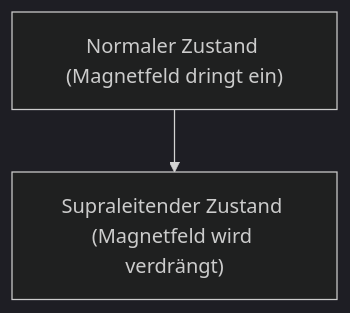
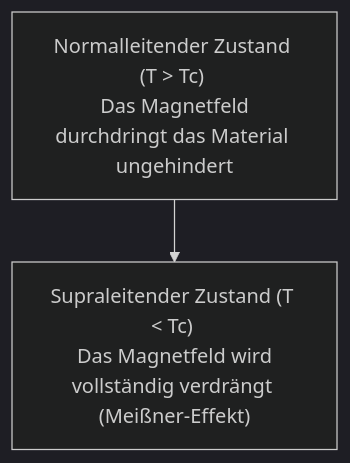
One commit to kenjinote/blog changed the diagram in content/post/physics-superconductivity/index.de.md. Above: the diagram before and after it, drawn with Mermaid (dark theme). The commit also changed other lines of this file and 219 other files, not shown here.

````diff
--- a/content/post/physics-superconductivity/index.de.md
+++ b/content/post/physics-superconductivity/index.de.md
@@ -17,4 +32,4 @@
 ```mermaid
 flowchart TD
-    A["Normaler Zustand (Magnetfeld dringt ein)"] --> B["Supraleitender Zustand (Magnetfeld wird verdrängt)"]
+    A["Normalleitender Zustand (T > Tc) \n Das Magnetfeld durchdringt das Material ungehindert"] --> B["Supraleitender Zustand (T < Tc) \n Das Magnetfeld wird vollständig verdrängt (Meißner-Effekt)"]
 ```
````
